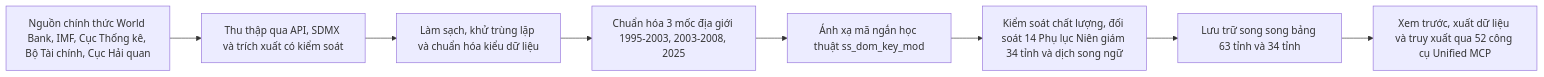
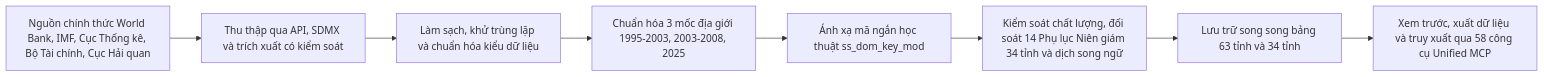
One commit to vietlod/docs changed the diagram in docs/ecodata/du-lieu/methodology.mdx. Above: the diagram before and after it, drawn with Mermaid. The commit also changed 81 other files, not shown here.

Commit message:
docs(ecodata,ecolab,sachktl): sync 306-model 16-family 61-submodel 58-tool docs, SVG flows & Gemini skills

````diff
--- a/docs/ecodata/du-lieu/methodology.mdx
+++ b/docs/ecodata/du-lieu/methodology.mdx
@@ -39,10 +39,10 @@
 ```mermaid
 flowchart LR
   A["Nguồn chính thức World Bank, IMF, Cục Thống kê, Bộ Tài chính, Cục Hải quan"] --> B["Thu thập qua API, SDMX và trích xuất có kiểm soát"]
   B --> C["Làm sạch, khử trùng lặp và chuẩn hóa kiểu dữ liệu"]
   C --> D["Chuẩn hóa 3 mốc địa giới 1995-2003, 2003-2008, 2025"]
   D --> E["Ánh xạ mã ngắn học thuật ss_dom_key_mod"]
   E --> F["Kiểm soát chất lượng, đối soát 14 Phụ lục Niên giám 34 tỉnh và dịch song ngữ"]
   F --> G["Lưu trữ song song bảng 63 tỉnh và 34 tỉnh"]
-  G --> H["Xem trước, xuất dữ liệu và truy xuất qua 52 công cụ Unified MCP"]
+  G --> H["Xem trước, xuất dữ liệu và truy xuất qua 58 công cụ Unified MCP"]
 ```
````
